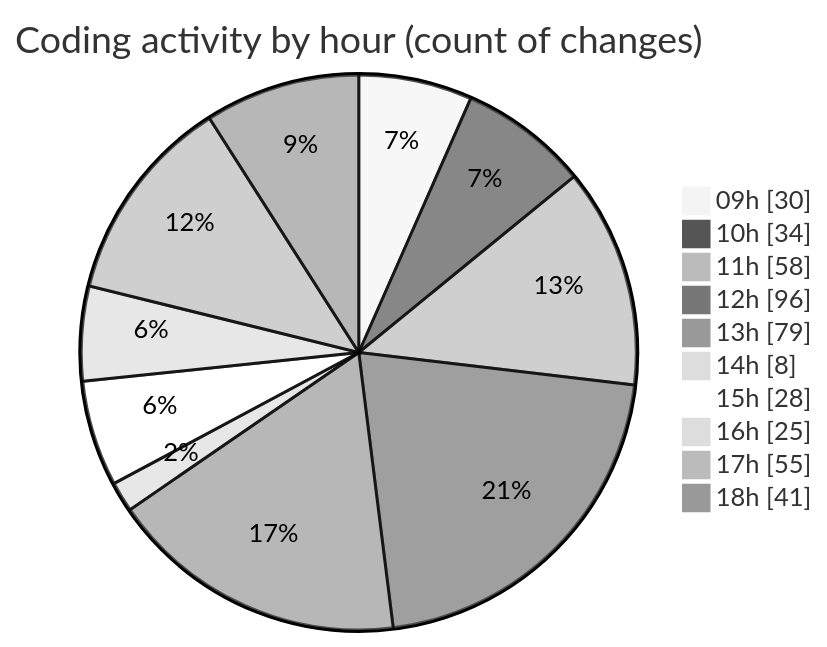
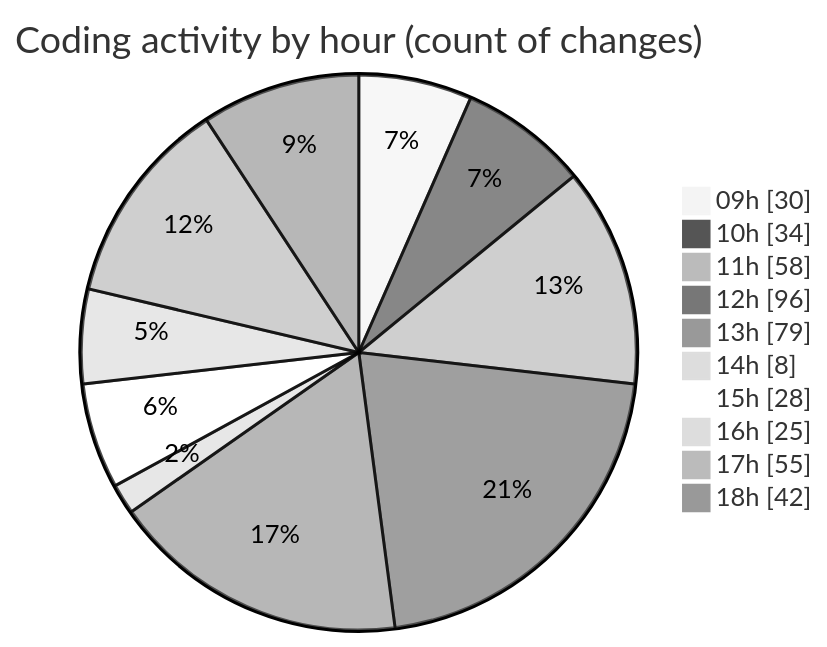
One commit to momahboobian/code-tracking changed the second of 2 diagrams in 2025-04-02/cda/README.md. Above: the diagram before and after it, drawn with Mermaid (neutral theme). The commit also changed other lines of this file and 1 other file, not shown here.

````diff
--- a/2025-04-02/cda/README.md
+++ b/2025-04-02/cda/README.md
@@ -40,14 +40,14 @@
 ```mermaid
 pie showData
 title Coding activity by hour (count of changes)
 "09h" : 30
 "10h" : 34
 "11h" : 58
 "12h" : 96
 "13h" : 79
 "14h" : 8
 "15h" : 28
 "16h" : 25
 "17h" : 55
-"18h" : 41
+"18h" : 42
 ```
````
